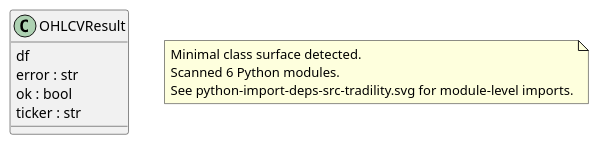
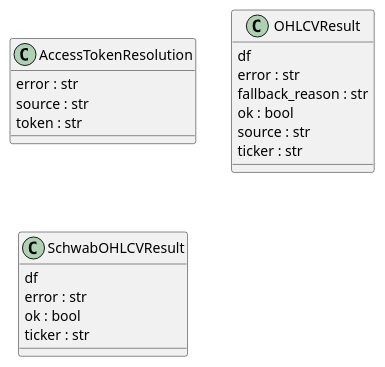
One commit to casonk/tradility changed the diagram in docs/diagrams/python-classes.puml. Above: the diagram before and after it, drawn with PlantUML. The commit also changed 33 other files, not shown here.

```diff
--- a/docs/diagrams/python-classes.puml
+++ b/docs/diagrams/python-classes.puml
@@ -1,14 +1,22 @@
-@startuml classes_checkout
+@startuml classes_tradility-schwab-refresh
 set namespaceSeparator none
+class "AccessTokenResolution" as tradility.sources.schwab.AccessTokenResolution {
+  error : str
+  source : str
+  token : str
+}
 class "OHLCVResult" as tradility.fetch.OHLCVResult {
+  df
+  error : str
+  fallback_reason : str
+  ok : bool
+  source : str
+  ticker : str
+}
+class "SchwabOHLCVResult" as tradility.sources.schwab.SchwabOHLCVResult {
   df
   error : str
   ok : bool
   ticker : str
 }
-note as archilityPythonSurfaceNote
-Minimal class surface detected.
-Scanned 6 Python modules.
-See python-import-deps-src-tradility.svg for module-level imports.
-end note
 @enduml
```
